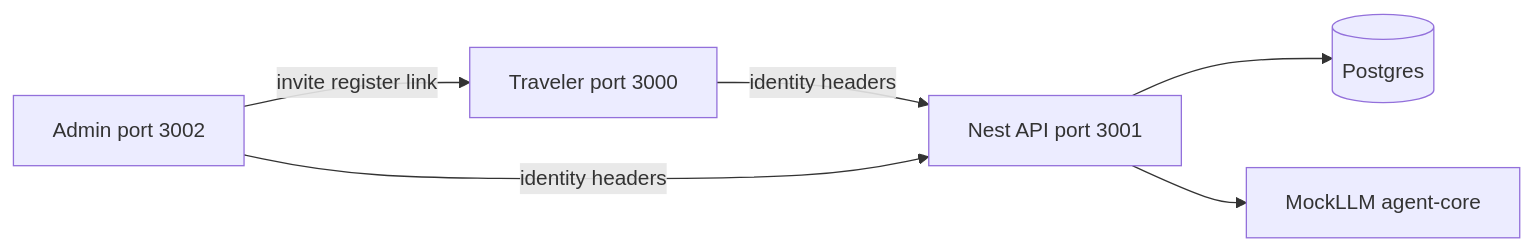
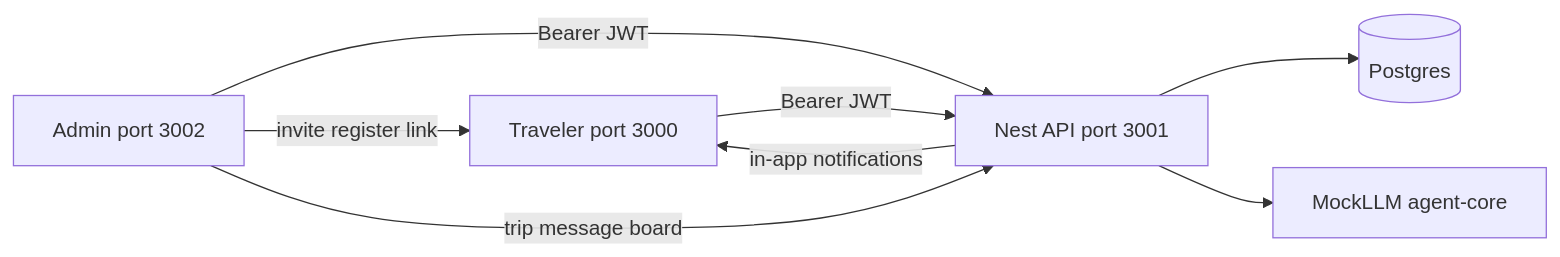
One commit to zsolt-molnar/travel-bug changed the first of 3 diagrams in docs/index.md. Above: the diagram before and after it, drawn with Mermaid. The commit also changed other lines of this file and 139 other files, not shown here.

````diff
--- a/docs/index.md
+++ b/docs/index.md
@@ -31,14 +33,16 @@
 ```mermaid
 flowchart LR
   travelerApp[Traveler port 3000]
   adminApp[Admin port 3002]
   nestApi[Nest API port 3001]
   postgres[(Postgres)]
   mockLlm[MockLLM agent-core]
 
-  travelerApp -->|identity headers| nestApi
-  adminApp -->|identity headers| nestApi
+  travelerApp -->|Bearer JWT| nestApi
+  adminApp -->|Bearer JWT| nestApi
   nestApi --> postgres
   nestApi --> mockLlm
   adminApp -->|invite register link| travelerApp
+  adminApp -->|trip message board| nestApi
+  nestApi -->|in-app notifications| travelerApp
 ```
````
